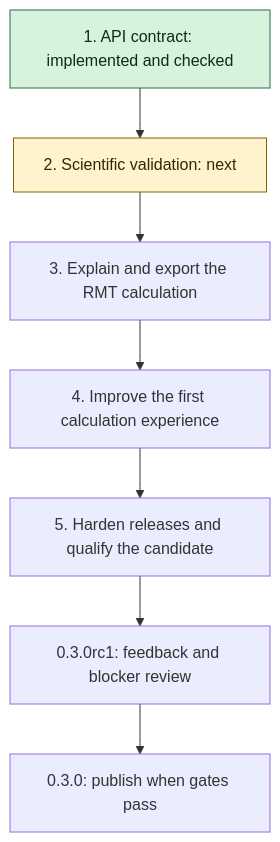
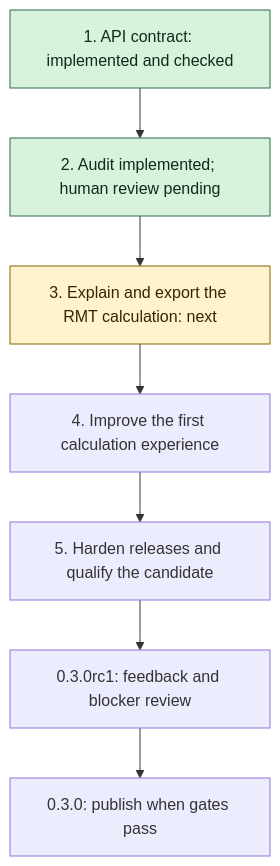
The diagram in docs/STABLE_RELEASE_PLAN.md (reetanshuh1998/Ramanujan_master_theorem), drawn with Mermaid before and after one commit. The commit also changed other lines of this file and 6 other files, not shown here.

Commit message:
Add stability audit grid and frozen scientific review packets

````diff
--- a/docs/STABLE_RELEASE_PLAN.md
+++ b/docs/STABLE_RELEASE_PLAN.md
@@ -14,15 +14,15 @@
 ```mermaid
 flowchart TD
     A[1. API contract: implemented and checked]
-    B[2. Scientific validation: next]
-    C[3. Explain and export the RMT calculation]
+    B[2. Audit implemented; human review pending]
+    C[3. Explain and export the RMT calculation: next]
     D[4. Improve the first calculation experience]
     E[5. Harden releases and qualify the candidate]
     A --> B --> C --> D --> E
     E --> R[0.3.0rc1: feedback and blocker review]
     R --> S[0.3.0: publish when gates pass]
     classDef done fill:#d8f3dc,stroke:#2d6a4f,color:#102a1b
     classDef next fill:#fff3cd,stroke:#856404,color:#332701
-    class A done
-    class B next
+    class A,B done
+    class C next
 ```
````
